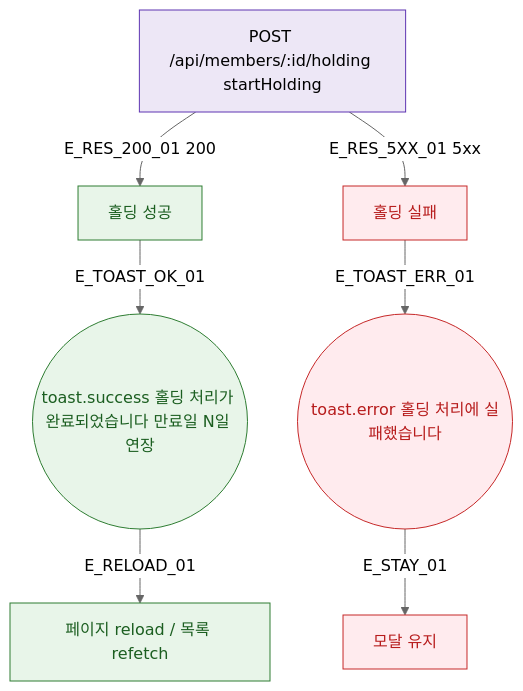
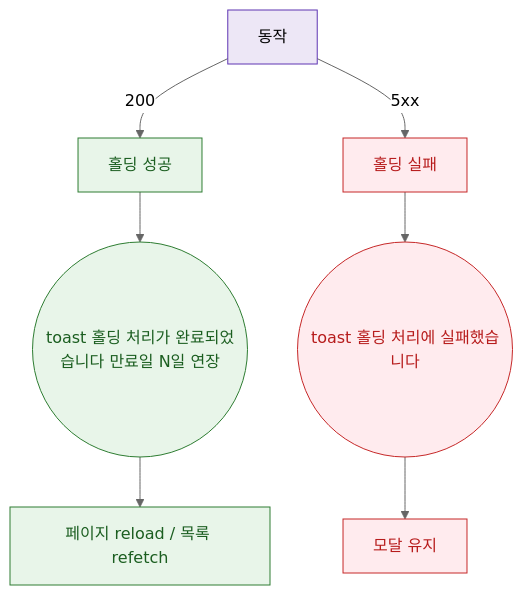
The diagram in docs/다이어그램/D02_회원관리/DLG/DLG-M003_홀딩등록/M3_결과분기.md (dev-spogym/admin-pando), drawn with Mermaid (neutral theme) before and after one commit. The commit also changed other lines of this file and 1660 other files, not shown here.

First line of the commit message:
다이어그램: 기획자/클라이언트 납품본으로 정리

````diff
--- a/docs/다이어그램/D02_회원관리/DLG/DLG-M003_홀딩등록/M3_결과분기.md
+++ b/docs/다이어그램/D02_회원관리/DLG/DLG-M003_홀딩등록/M3_결과분기.md
@@ -22,21 +20,21 @@
 ```mermaid
 flowchart TD
-  API[POST /api/members/:id/holding startHolding]
+  API[동작]
 
-  API -->|E_RES_200_01 200| SUCCESS[홀딩 성공]
-  API -->|E_RES_5XX_01 5xx| FAIL[홀딩 실패]
+  API -->|200|SUCCESS[홀딩 성공]
+  API -->|5xx|FAIL[홀딩 실패]
 
-  SUCCESS -->|E_TOAST_OK_01| TOAST_OK((toast.success 홀딩 처리가 완료되었습니다 만료일 N일 연장))
-  TOAST_OK -->|E_RELOAD_01| RELOAD[페이지 reload / 목록 refetch]
+  SUCCESS --> TOAST_OK((toast 홀딩 처리가 완료되었습니다 만료일 N일 연장))
+  TOAST_OK --> RELOAD[페이지 reload / 목록 refetch]
 
-  FAIL -->|E_TOAST_ERR_01| TOAST_ERR((toast.error 홀딩 처리에 실패했습니다))
-  TOAST_ERR -->|E_STAY_01| MODAL_STAY[모달 유지]
+  FAIL --> TOAST_ERR((toast 홀딩 처리에 실패했습니다))
+  TOAST_ERR --> MODAL_STAY[모달 유지]
 
   classDef success fill:#E8F5E9,stroke:#2E7D32,color:#1B5E20
-  classDef error   fill:#FFEBEE,stroke:#C62828,color:#B71C1C
-  classDef system  fill:#EDE7F6,stroke:#5E35B2
+  classDef error fill:#FFEBEE,stroke:#C62828,color:#B71C1C
+  classDef system fill:#EDE7F6,stroke:#5E35B2
 
   class SUCCESS,TOAST_OK,RELOAD success
   class FAIL,TOAST_ERR,MODAL_STAY error
   class API system
 ```
````
